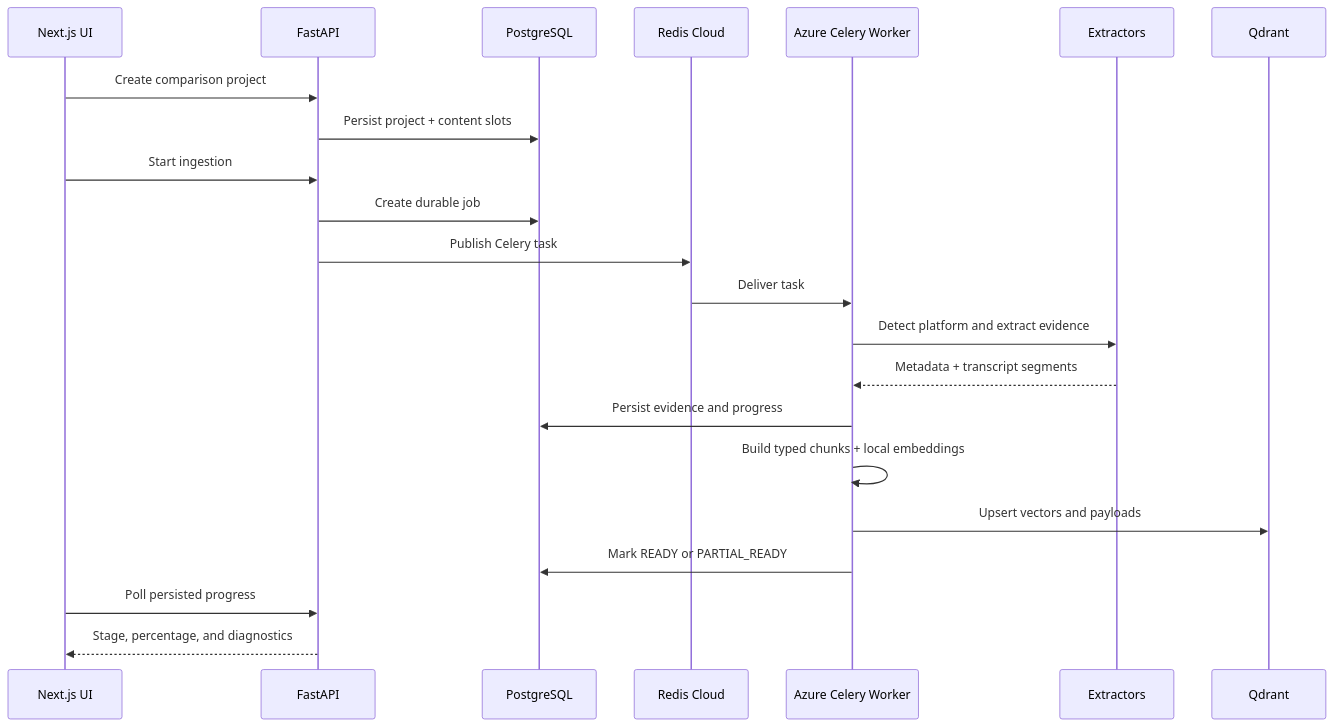
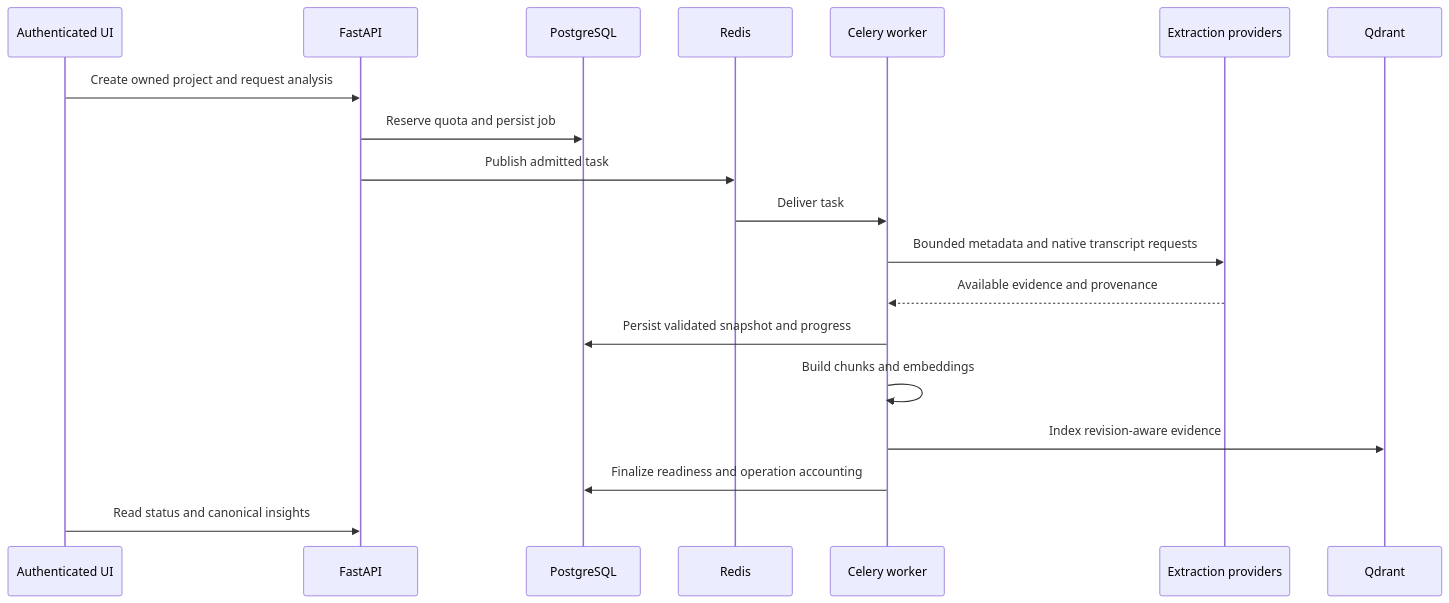
Before and after one commit to DiloJan-26/CreatorLens-AI: the third of 4 diagrams in README.md, drawn with Mermaid. The commit also changed other lines of this file, not shown here.

````diff
--- a/README.md
+++ b/README.md
@@ -408,25 +255,21 @@
 ```mermaid
 sequenceDiagram
-    participant UI as Next.js UI
+    participant UI as Authenticated UI
     participant API as FastAPI
     participant DB as PostgreSQL
-    participant R as Redis Cloud
-    participant W as Azure Celery Worker
-    participant X as Extractors
+    participant R as Redis
+    participant W as Celery worker
+    participant X as Extraction providers
     participant Q as Qdrant
-
-    UI->>API: Create comparison project
-    API->>DB: Persist project + content slots
-    UI->>API: Start ingestion
-    API->>DB: Create durable job
-    API->>R: Publish Celery task
+    UI->>API: Create owned project and request analysis
+    API->>DB: Reserve quota and persist job
+    API->>R: Publish admitted task
     R->>W: Deliver task
-    W->>X: Detect platform and extract evidence
-    X-->>W: Metadata + transcript segments
-    W->>DB: Persist evidence and progress
-    W->>W: Build typed chunks + local embeddings
-    W->>Q: Upsert vectors and payloads
-    W->>DB: Mark READY or PARTIAL_READY
-    UI->>API: Poll persisted progress
-    API-->>UI: Stage, percentage, and diagnostics
+    W->>X: Bounded metadata and native transcript requests
+    X-->>W: Available evidence and provenance
+    W->>DB: Persist validated snapshot and progress
+    W->>W: Build chunks and embeddings
+    W->>Q: Index revision-aware evidence
+    W->>DB: Finalize readiness and operation accounting
+    UI->>API: Read status and canonical insights
 ```
````
